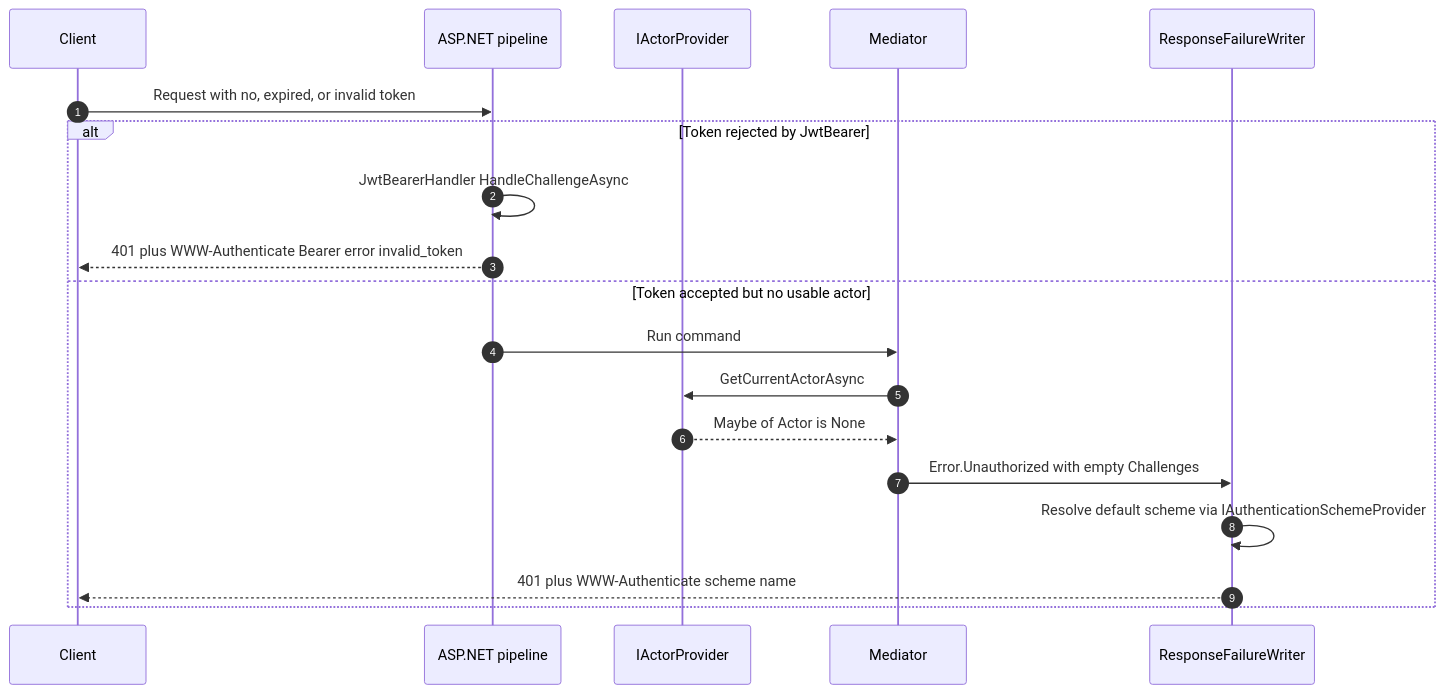
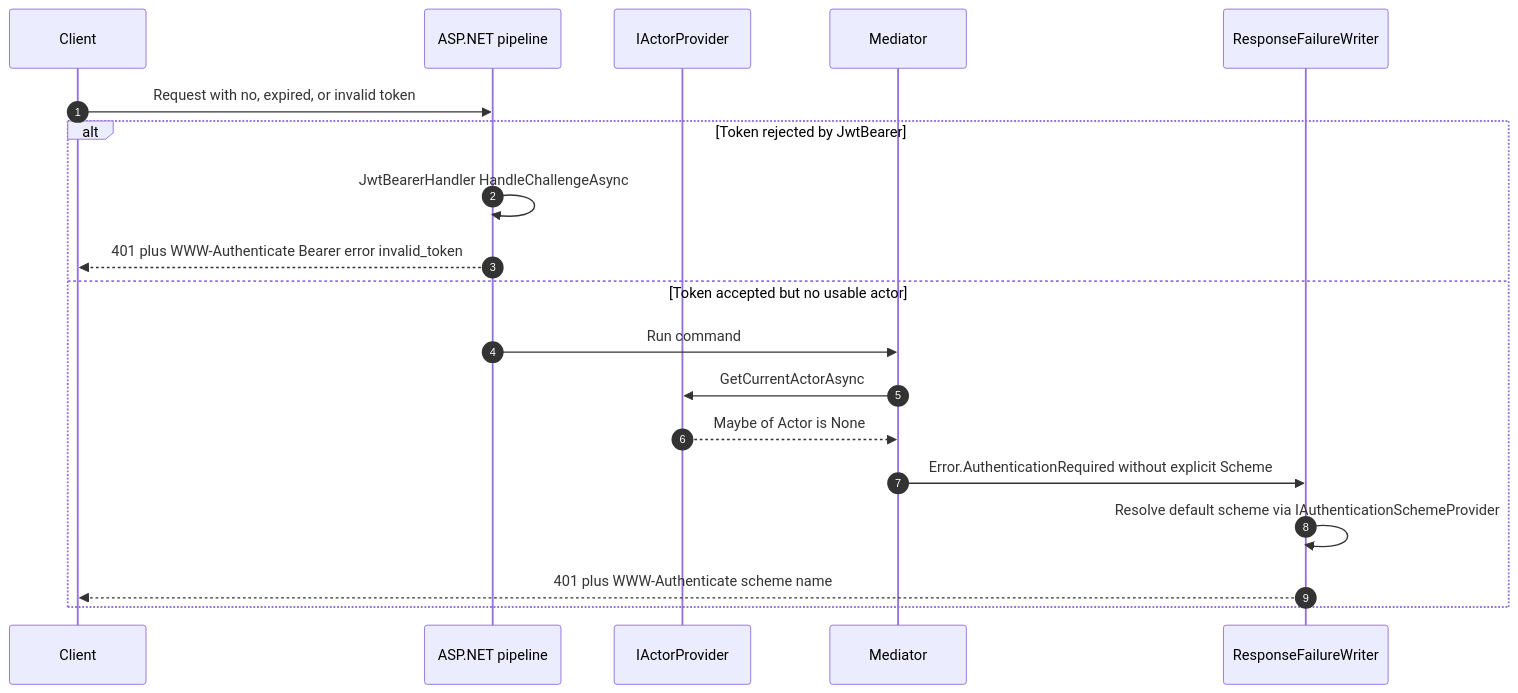
One commit to xavierjohn/FunctionalDDD changed the third of 7 diagrams in docs/docfx_project/articles/integration-asp-authorization.md. Above: the diagram before and after it, drawn with Mermaid. The commit also changed other lines of this file and 368 other files, not shown here.

````diff
--- a/docs/docfx_project/articles/integration-asp-authorization.md
+++ b/docs/docfx_project/articles/integration-asp-authorization.md
@@ -107,22 +107,22 @@
 ```mermaid
 sequenceDiagram
     autonumber
     participant Client
     participant Asp as ASP.NET pipeline
     participant Provider as IActorProvider
     participant Mediator
     participant Writer as ResponseFailureWriter
 
     Client->>Asp: Request with no, expired, or invalid token
     alt Token rejected by JwtBearer
         Asp->>Asp: JwtBearerHandler HandleChallengeAsync
         Asp-->>Client: 401 plus WWW-Authenticate Bearer error invalid_token
     else Token accepted but no usable actor
         Asp->>Mediator: Run command
         Mediator->>Provider: GetCurrentActorAsync
         Provider-->>Mediator: Maybe of Actor is None
-        Mediator->>Writer: Error.Unauthorized with empty Challenges
+        Mediator->>Writer: Error.AuthenticationRequired without explicit Scheme
         Writer->>Writer: Resolve default scheme via IAuthenticationSchemeProvider
         Writer-->>Client: 401 plus WWW-Authenticate scheme name
     end
 ```
````
